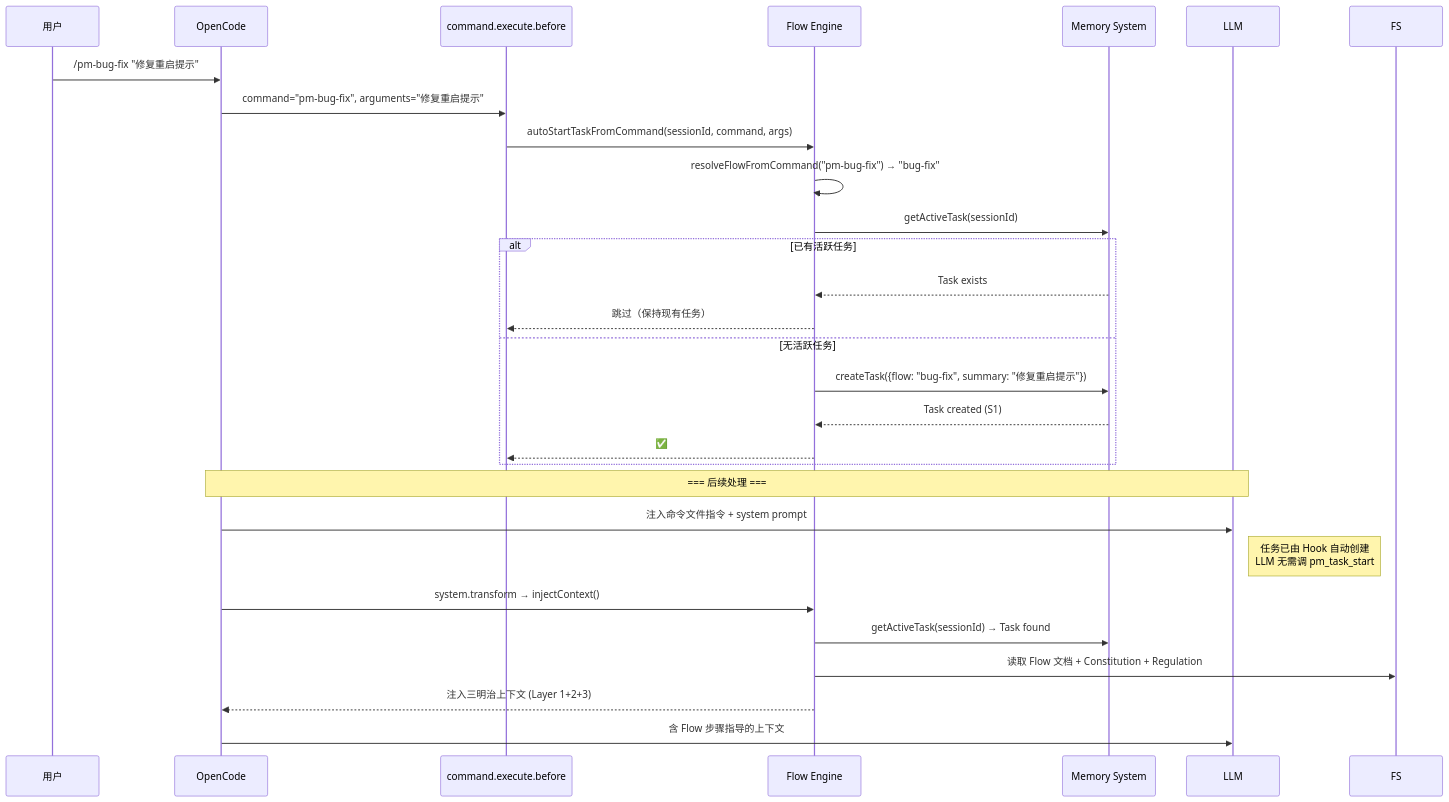
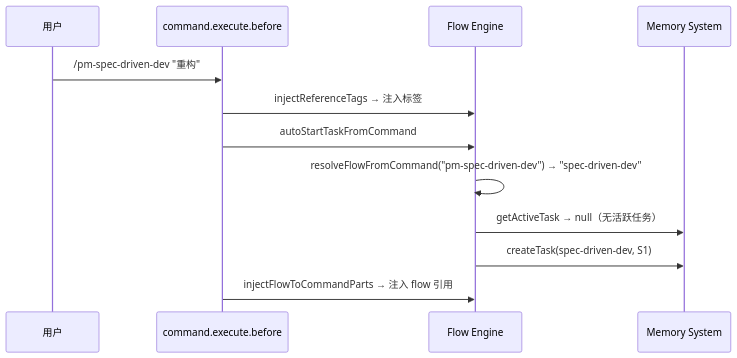
Before and after one commit to hank-cp/opencode-vibe-pm: the diagram in docs/spec/vibe-pm-flow-engine.md, drawn with Mermaid. The commit also changed other lines of this file and 19 other files, not shown here.

First line of the commit message:
refactor: LLM-driven flow control with file references instead of content injection

````diff
--- a/docs/spec/vibe-pm-flow-engine.md
+++ b/docs/spec/vibe-pm-flow-engine.md
@@ -34,34 +62,15 @@
 ```mermaid
 sequenceDiagram
     participant User as 用户
-    participant OC as OpenCode
     participant Hook as command.execute.before
     participant FE as Flow Engine
     participant Mem as Memory System
-    participant LLM as LLM
 
-    User->>OC: /pm-bug-fix "修复重启提示"
-    OC->>Hook: command="pm-bug-fix", arguments="修复重启提示"
-    Hook->>FE: autoStartTaskFromCommand(sessionId, command, args)
-    FE->>FE: resolveFlowFromCommand("pm-bug-fix") → "bug-fix"
-    FE->>Mem: getActiveTask(sessionId)
-
-    alt 已有活跃任务
-        Mem-->>FE: Task exists
-        FE-->>Hook: 跳过（保持现有任务）
-    else 无活跃任务
-        FE->>Mem: createTask({flow: "bug-fix", summary: "修复重启提示"})
-        Mem-->>FE: Task created (S1)
-        FE-->>Hook: ✅
-    end
-
-    Note over OC,LLM: === 后续处理 ===
-    OC->>LLM: 注入命令文件指令 + system prompt
-    Note right of LLM: 任务已由 Hook 自动创建<br/>LLM 无需调 pm_task_start
-
-    OC->>FE: system.transform → injectContext()
-    FE->>Mem: getActiveTask(sessionId) → Task found
-    FE->>FS: 读取 Flow 文档 + Constitution + Regulation
-    FE-->>OC: 注入三明治上下文 (Layer 1+2+3)
-    OC->>LLM: 含 Flow 步骤指导的上下文
+    User->>Hook: /pm-spec-driven-dev "重构"
+    Hook->>FE: injectReferenceTags → 注入标签
+    Hook->>FE: autoStartTaskFromCommand
+    FE->>FE: resolveFlowFromCommand("pm-spec-driven-dev") → "spec-driven-dev"
+    FE->>Mem: getActiveTask → null（无活跃任务）
+    FE->>Mem: createTask(spec-driven-dev, S1)
+    Hook->>FE: injectFlowToCommandParts → 注入 flow 引用
 ```
````
